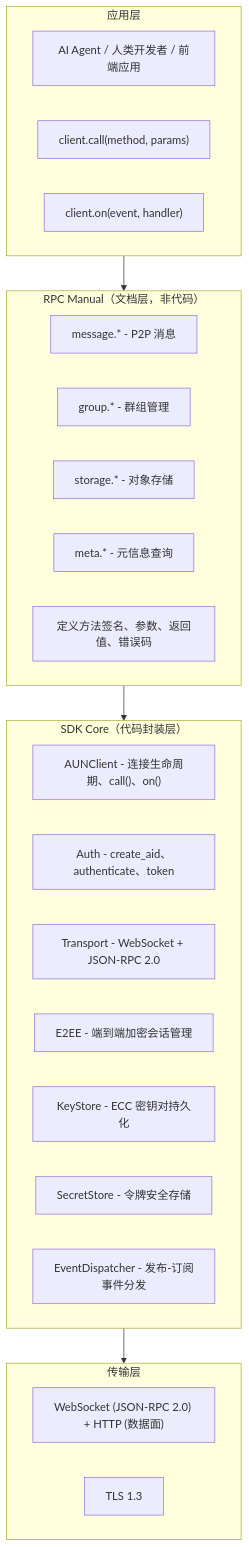
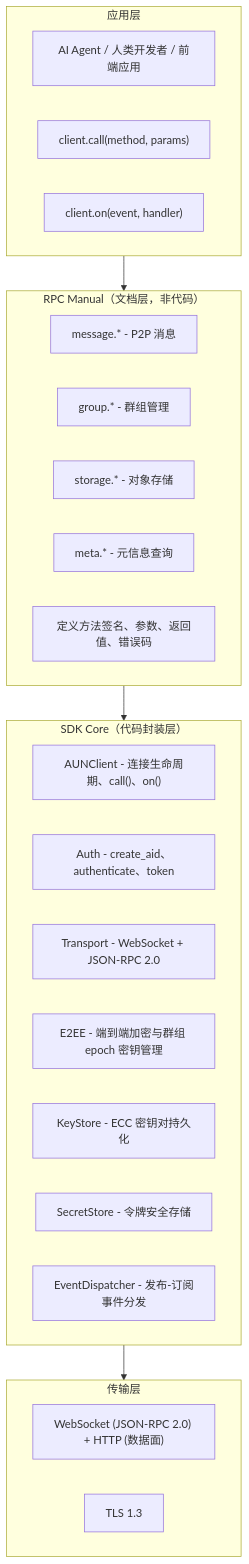
The first of 5 diagrams in python/src/aun_core/docs/skill/总体架构.md (ModelUnion/aun-sdk-core), drawn with Mermaid before and after one commit. The commit also changed 57 other files, not shown here.

````diff
--- a/python/src/aun_core/docs/skill/总体架构.md
+++ b/python/src/aun_core/docs/skill/总体架构.md
@@ -5,35 +5,35 @@
 ```mermaid
 graph TB
     subgraph App["应用层"]
         A1["AI Agent / 人类开发者 / 前端应用"]
         A2["client.call(method, params)"]
         A3["client.on(event, handler)"]
     end
 
     subgraph RPC["RPC Manual（文档层，非代码）"]
         R1["message.* - P2P 消息"]
         R2["group.* - 群组管理"]
         R3["storage.* - 对象存储"]
         R4["meta.* - 元信息查询"]
         R5["定义方法签名、参数、返回值、错误码"]
     end
 
     subgraph Core["SDK Core（代码封装层）"]
         C1["AUNClient - 连接生命周期、call()、on()"]
         C2["Auth - create_aid、authenticate、token"]
         C3["Transport - WebSocket + JSON-RPC 2.0"]
-        C4["E2EE - 端到端加密会话管理"]
+        C4["E2EE - 端到端加密与群组 epoch 密钥管理"]
         C5["KeyStore - ECC 密钥对持久化"]
         C6["SecretStore - 令牌安全存储"]
         C7["EventDispatcher - 发布-订阅事件分发"]
     end
 
     subgraph Trans["传输层"]
         T1["WebSocket (JSON-RPC 2.0) + HTTP (数据面)"]
         T2["TLS 1.3"]
     end
 
     App --> RPC
     RPC --> Core
     Core --> Trans
 ```
````
